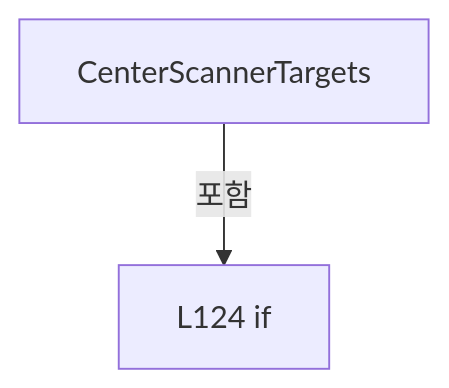
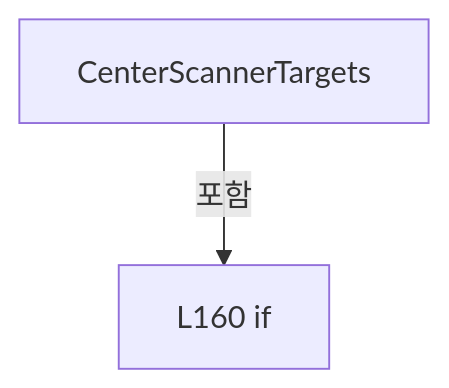
The tenth of 16 diagrams in A3 LD Code Ref/files/Drilling.Common/Correction/CDefaultOffsetCalibration.cs.md (kjuws10-rgb/Shared), drawn with Mermaid before and after one commit. The commit also changed other lines of this file and 1984 other files, not shown here.

Commit message:
docs(a3): update 11.17.0 architecture and complete code reference

````diff
--- a/A3 LD Code Ref/files/Drilling.Common/Correction/CDefaultOffsetCalibration.cs.md
+++ b/A3 LD Code Ref/files/Drilling.Common/Correction/CDefaultOffsetCalibration.cs.md
@@ -819,6 +1042,6 @@
 ```mermaid
 flowchart TD
  M["CenterScannerTargets"]
- N0["L124 if"]
+ N0["L160 if"]
  M -->|포함| N0
 ```
````
